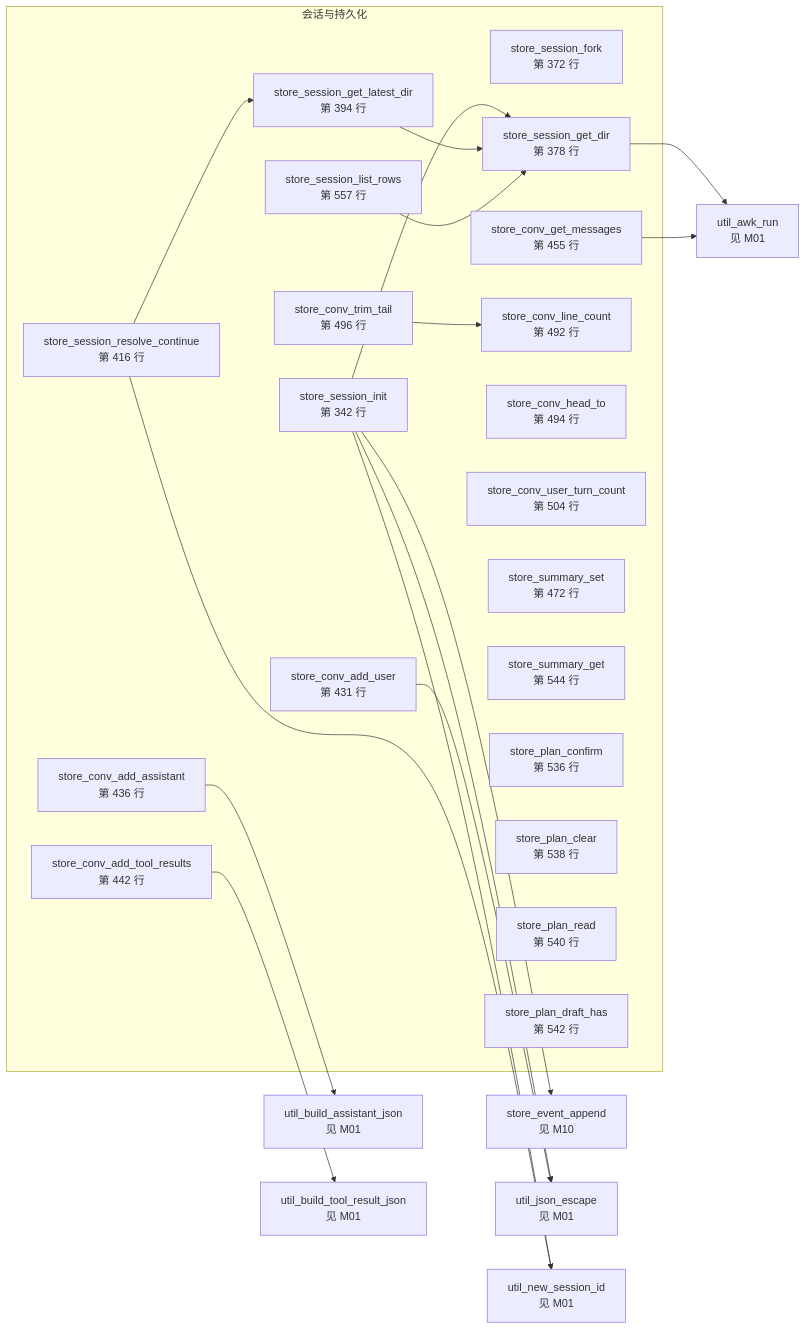
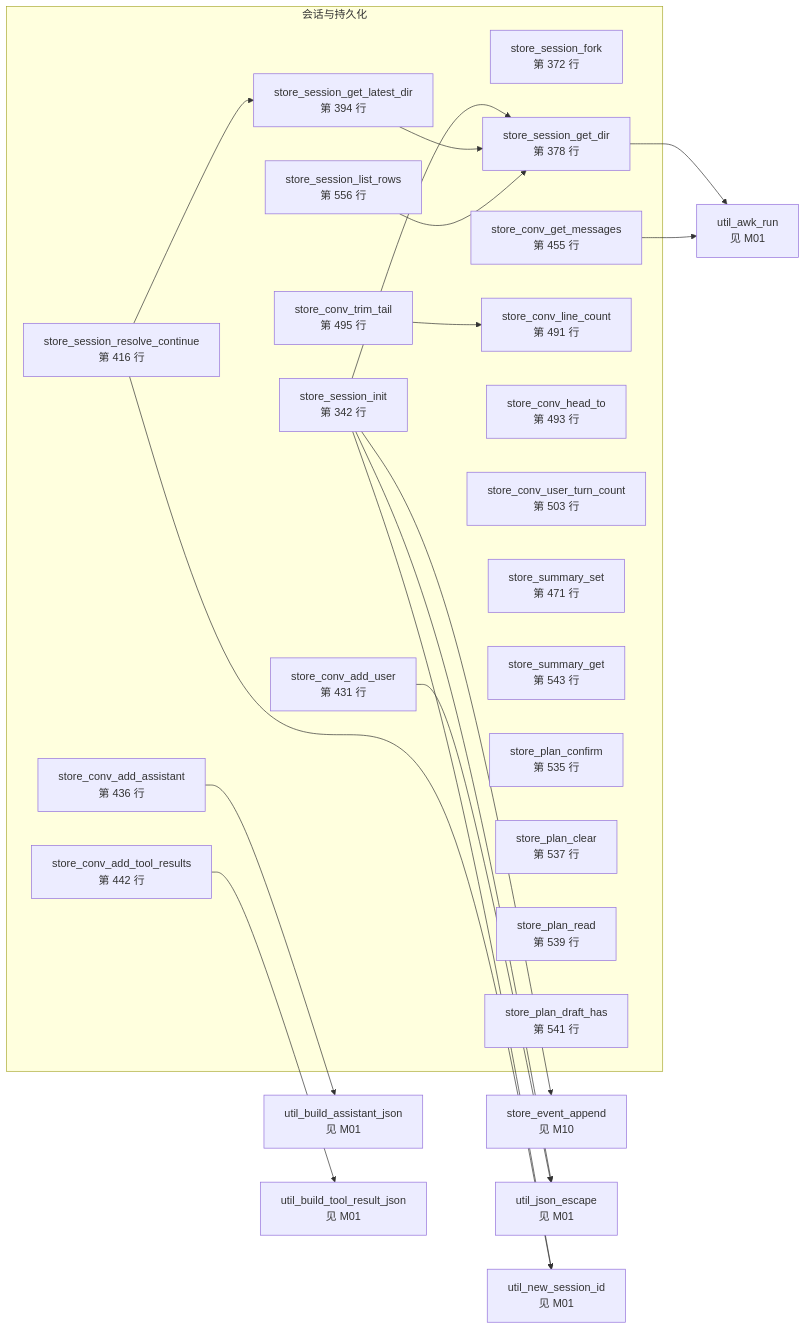
The fifth of 15 diagrams in docs/bash-data-flow.md (lloydzhou/bash-agent), drawn with Mermaid before and after one commit. The commit also changed other lines of this file and 1 other file, not shown here.

````diff
--- a/docs/bash-data-flow.md
+++ b/docs/bash-data-flow.md
@@ -172,45 +172,45 @@
 ```mermaid
 flowchart LR
   subgraph mod_3["会话与持久化"]
     f_store_session_init["store_session_init<br/>第 342 行"]
     f_store_session_fork["store_session_fork<br/>第 372 行"]
     f_store_session_get_dir["store_session_get_dir<br/>第 378 行"]
     f_store_session_get_latest_dir["store_session_get_latest_dir<br/>第 394 行"]
     f_store_session_resolve_continue["store_session_resolve_continue<br/>第 416 行"]
     f_store_conv_add_user["store_conv_add_user<br/>第 431 行"]
     f_store_conv_add_assistant["store_conv_add_assistant<br/>第 436 行"]
     f_store_conv_add_tool_results["store_conv_add_tool_results<br/>第 442 行"]
     f_store_conv_get_messages["store_conv_get_messages<br/>第 455 行"]
-    f_store_conv_line_count["store_conv_line_count<br/>第 492 行"]
-    f_store_conv_head_to["store_conv_head_to<br/>第 494 行"]
-    f_store_conv_trim_tail["store_conv_trim_tail<br/>第 496 行"]
-    f_store_conv_user_turn_count["store_conv_user_turn_count<br/>第 504 行"]
-    f_store_summary_set["store_summary_set<br/>第 472 行"]
-    f_store_summary_get["store_summary_get<br/>第 544 行"]
-    f_store_plan_confirm["store_plan_confirm<br/>第 536 行"]
-    f_store_plan_clear["store_plan_clear<br/>第 538 行"]
-    f_store_plan_read["store_plan_read<br/>第 540 行"]
-    f_store_plan_draft_has["store_plan_draft_has<br/>第 542 行"]
-    f_store_session_list_rows["store_session_list_rows<br/>第 557 行"]
+    f_store_conv_line_count["store_conv_line_count<br/>第 491 行"]
+    f_store_conv_head_to["store_conv_head_to<br/>第 493 行"]
+    f_store_conv_trim_tail["store_conv_trim_tail<br/>第 495 行"]
+    f_store_conv_user_turn_count["store_conv_user_turn_count<br/>第 503 行"]
+    f_store_summary_set["store_summary_set<br/>第 471 行"]
+    f_store_summary_get["store_summary_get<br/>第 543 行"]
+    f_store_plan_confirm["store_plan_confirm<br/>第 535 行"]
+    f_store_plan_clear["store_plan_clear<br/>第 537 行"]
+    f_store_plan_read["store_plan_read<br/>第 539 行"]
+    f_store_plan_draft_has["store_plan_draft_has<br/>第 541 行"]
+    f_store_session_list_rows["store_session_list_rows<br/>第 556 行"]
   end
   f_store_event_append["store_event_append<br/>见 M10"]
   f_util_awk_run["util_awk_run<br/>见 M01"]
   f_util_build_assistant_json["util_build_assistant_json<br/>见 M01"]
   f_util_build_tool_result_json["util_build_tool_result_json<br/>见 M01"]
   f_util_json_escape["util_json_escape<br/>见 M01"]
   f_util_new_session_id["util_new_session_id<br/>见 M01"]
   f_store_session_init --> f_util_new_session_id
   f_store_session_init --> f_store_session_get_dir
   f_store_session_init --> f_store_event_append
   f_store_session_init --> f_util_json_escape
   f_store_session_get_dir --> f_util_awk_run
   f_store_session_get_latest_dir --> f_store_session_get_dir
   f_store_session_resolve_continue --> f_store_session_get_latest_dir
   f_store_session_resolve_continue --> f_util_new_session_id
   f_store_session_list_rows --> f_store_session_get_dir
   f_store_conv_add_user --> f_util_json_escape
   f_store_conv_add_assistant --> f_util_build_assistant_json
   f_store_conv_add_tool_results --> f_util_build_tool_result_json
   f_store_conv_get_messages --> f_util_awk_run
   f_store_conv_trim_tail --> f_store_conv_line_count
 ```
````
